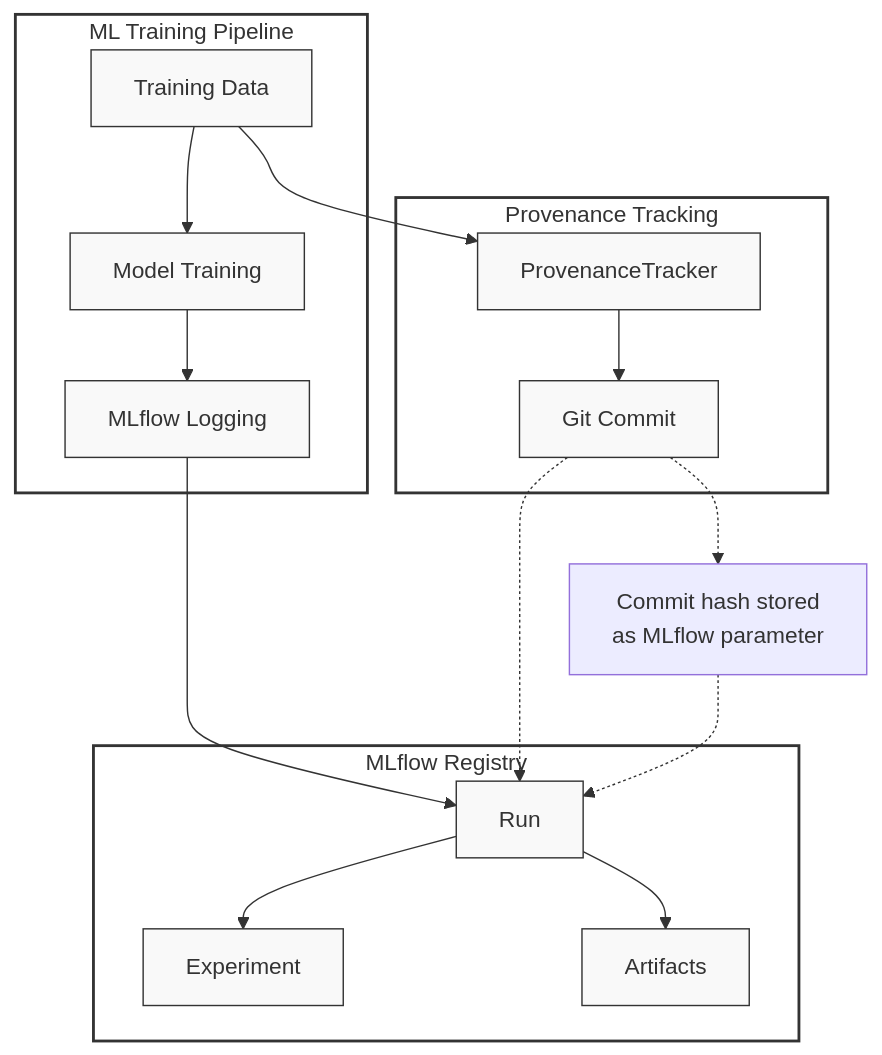
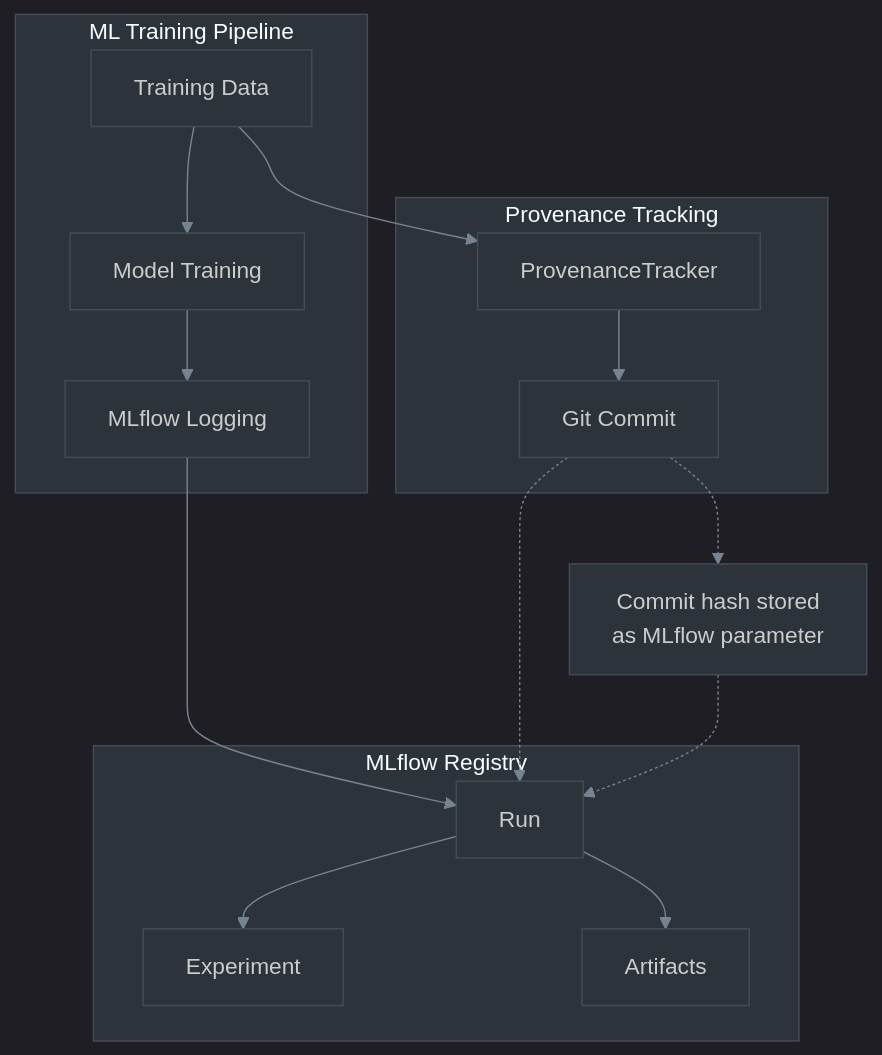
The tenth of 17 diagrams in docs/ARCHITECTURE.md (Ricoledan/dta-provenance-demo), drawn with Mermaid before and after one commit. The commit also changed other lines of this file and 1 other file, not shown here.

First line of the commit message:
Update Mermaid diagrams to dark theme

````diff
--- a/docs/ARCHITECTURE.md
+++ b/docs/ARCHITECTURE.md
@@ -312,44 +267,34 @@
 ```mermaid
+%%{init: {"theme":"dark","themeVariables":{"darkMode":true,"background":"#0d1117","primaryColor":"#2d333b","primaryTextColor":"#e6edf3","primaryBorderColor":"#444c56","lineColor":"#768390","secondaryColor":"#1c2128","tertiaryColor":"#22272e","clusterBkg":"#2d333b","clusterBorder":"#444c56","nodeTextColor":"#e6edf3","mainBkg":"#2d333b","secondBkg":"#22272e","edgeLabelBackground":"#2d333b","nodeBorder":"#444c56"}}}%%
 graph TB
     subgraph ML["ML Training Pipeline"]
         Data["Training Data"]
         Train["Model Training"]
         Log["MLflow Logging"]
     end
 
     subgraph Prov["Provenance Tracking"]
         Tracker["ProvenanceTracker"]
         Commit["Git Commit"]
     end
 
     subgraph MLflow["MLflow Registry"]
         Experiment["Experiment"]
         Run["Run"]
         Artifacts["Artifacts"]
     end
 
     Data --> Tracker
     Tracker --> Commit
     Data --> Train
     Train --> Log
     Log --> Run
     Run --> Experiment
     Run --> Artifacts
     Commit -.-> Run
 
     Note["Commit hash stored<br/>as MLflow parameter"]
     Commit -.-> Note
     Note -.-> Run
 
-    style ML fill:#fff,stroke:#333,stroke-width:2px
-    style Prov fill:#fff,stroke:#333,stroke-width:2px
-    style MLflow fill:#fff,stroke:#333,stroke-width:2px
-    style Data fill:#f9f9f9,stroke:#333,stroke-width:1px
-    style Train fill:#f9f9f9,stroke:#333,stroke-width:1px
-    style Log fill:#f9f9f9,stroke:#333,stroke-width:1px
-    style Tracker fill:#f9f9f9,stroke:#333,stroke-width:1px
-    style Commit fill:#f9f9f9,stroke:#333,stroke-width:1px
-    style Experiment fill:#f9f9f9,stroke:#333,stroke-width:1px
-    style Run fill:#f9f9f9,stroke:#333,stroke-width:1px
-    style Artifacts fill:#f9f9f9,stroke:#333,stroke-width:1px
 ```
````
